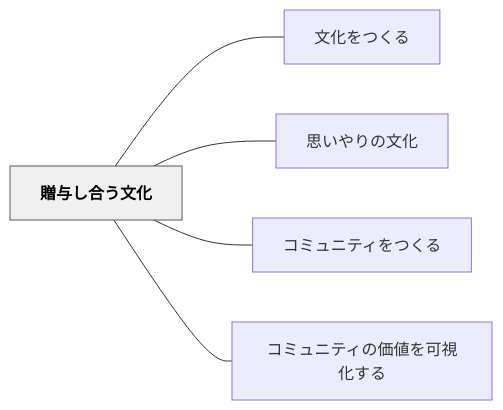
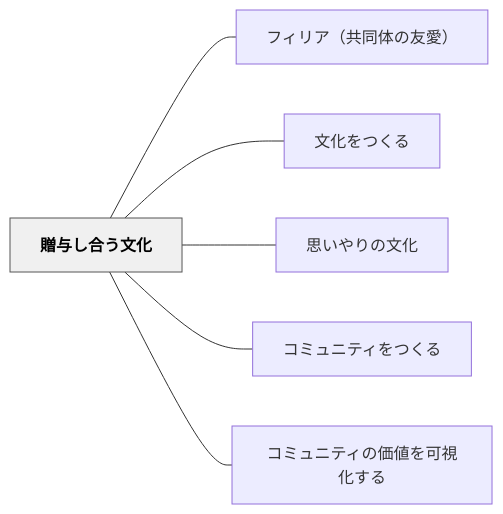
One commit to unknownthings-ed-patterns/unknownthings-ed-patterns changed the diagram in content/パタン/贈与し合う文化.md. Above: the diagram before and after it, drawn with Mermaid. The commit also changed other lines of this file and 19 other files, not shown here.

````diff
--- a/content/パタン/贈与し合う文化.md
+++ b/content/パタン/贈与し合う文化.md
@@ -53,16 +54,18 @@
 ```mermaid
 flowchart LR
     ne8b488e4b88ee38197e59088e38186e69687e58c96["贈与し合う文化"]
+    ne38395e382a3e383aae382a2efbc88e585b1e5908ce4bd93e381aee58f8be6849befbc89["フィリア（共同体の友愛）"]
     ne69687e58c96e38292e381a4e3818fe3828b["文化をつくる"]
     ne6809de38184e38284e3828ae381aee69687e58c96["思いやりの文化"]
     ne382b3e3839fe383a5e3838be38386e382a3e38292e381a4e3818fe3828b["コミュニティをつくる"]
     ne382b3e3839fe383a5e3838be38386e382a3e381aee4bea1e580a4e38292e58fafe8a696e58c96e38199e3828b["コミュニティの価値を可視化する"]
 
+    ne8b488e4b88ee38197e59088e38186e69687e58c96 --- ne38395e382a3e383aae382a2efbc88e585b1e5908ce4bd93e381aee58f8be6849befbc89
     ne8b488e4b88ee38197e59088e38186e69687e58c96 --- ne69687e58c96e38292e381a4e3818fe3828b
     ne8b488e4b88ee38197e59088e38186e69687e58c96 --- ne6809de38184e38284e3828ae381aee69687e58c96
     ne8b488e4b88ee38197e59088e38186e69687e58c96 --- ne382b3e3839fe383a5e3838be38386e382a3e38292e381a4e3818fe3828b
     ne8b488e4b88ee38197e59088e38186e69687e58c96 --- ne382b3e3839fe383a5e3838be38386e382a3e381aee4bea1e580a4e38292e58fafe8a696e58c96e38199e3828b
 
     classDef hub fill:#f0f0f0,stroke:#555,color:#000,font-weight:bold
     class ne8b488e4b88ee38197e59088e38186e69687e58c96 hub
 ```
````
